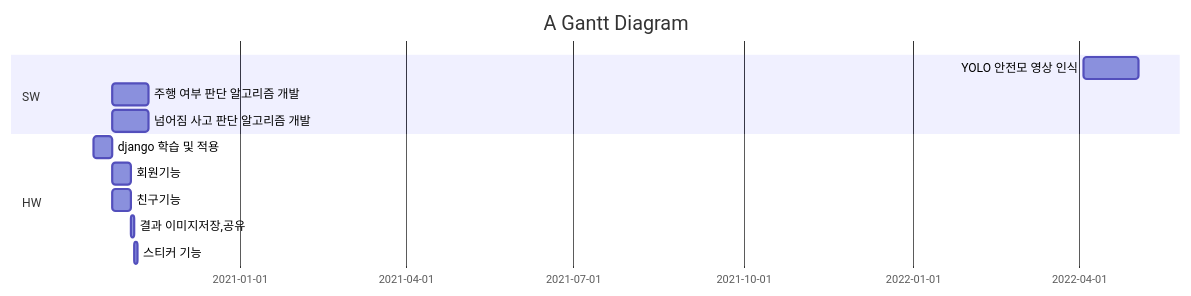
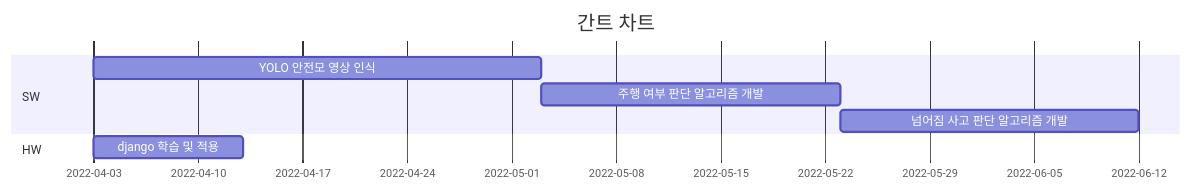
Before and after one commit to bonawoo/capstone_1: the diagram in README.md, drawn with Mermaid.

````diff
--- a/README.md
+++ b/README.md
@@ -8,17 +8,13 @@
 ```mermaid
 gantt
-    title A Gantt Diagram
+    title 간트 차트
     dateFormat  YYYY-MM-DD
 
     section SW
     YOLO 안전모 영상 인식     :a1,2022-04-03  , 30d
-    주행 여부 판단 알고리즘 개발 : after a1,  20d
-    넘어짐 사고 판단 알고리즘 개발 :after a1 , 20d
+    주행 여부 판단 알고리즘 개발 : a2, after a1,  20d
+    넘어짐 사고 판단 알고리즘 개발 :after a2 , 20d
 
     section HW
-    django 학습 및 적용 : a1,2020-10-14 , 10d
-    회원기능      :a2,after a1 , 10d
-    친구기능      :after a1  ,10d
-    결과 이미지저장,공유  : a3,after a2, 2d
-    스티커 기능  : a4,after a3, 2d
+    django 학습 및 적용 : b1,2022-04-03 , 10d
 ```
````
